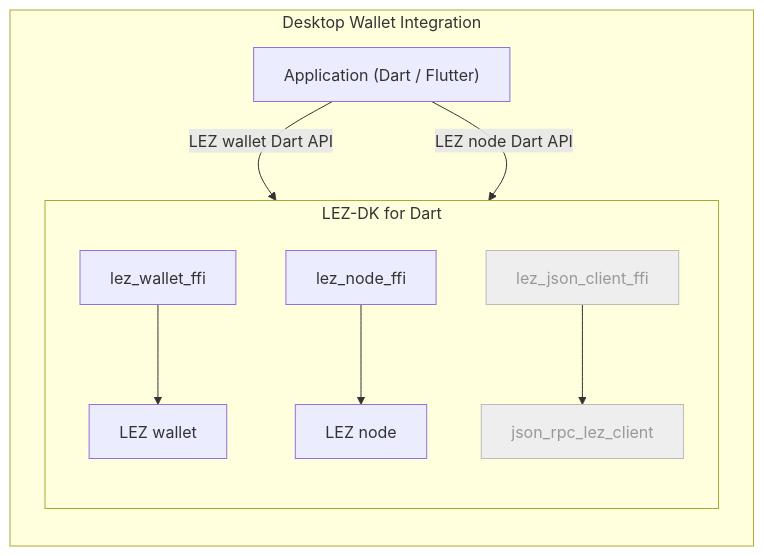
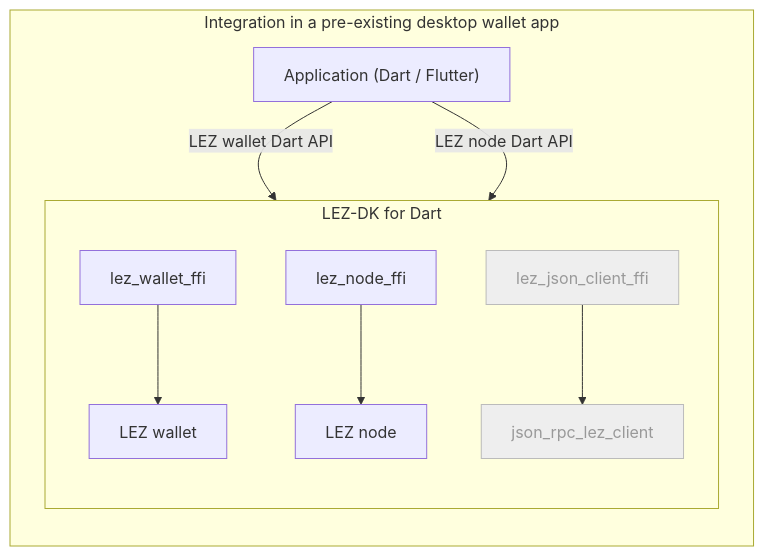
One commit to logos-co/rfp changed the third of 4 diagrams in RFPs/RFP-027-lez-node-api.md. Above: the diagram before and after it, drawn with Mermaid. The commit also changed other lines of this file, not shown here.

First line of the commit message:
Title the diagrams by what an app is, and state the recommended path

````diff
--- a/RFPs/RFP-027-lez-node-api.md
+++ b/RFPs/RFP-027-lez-node-api.md
@@ -221,20 +227,20 @@
 ```mermaid
 flowchart TB
-  subgraph desktop["Desktop Wallet Integration"]
+  subgraph desktop["Integration in a pre-existing desktop wallet app"]
     direction TB
     desktopApp["Application (Dart / Flutter)"]
 
     subgraph devkit["LEZ-DK for Dart"]
       direction TB
       walletFfi["lez_wallet_ffi"] --> walletLib["LEZ wallet"]
       nodeFfi["lez_node_ffi"] --> nodeLib["LEZ node"]
       jsonFfi["lez_json_client_ffi"] --> jsonClient["json_rpc_lez_client"]
     end
 
     desktopApp -- "LEZ wallet Dart API" --> walletFfi
     desktopApp -- "LEZ node Dart API" --> nodeFfi
   end
 
   style jsonFfi fill:#eeeeee,stroke:#bbbbbb,color:#999999
   style jsonClient fill:#eeeeee,stroke:#bbbbbb,color:#999999
 ```
````
